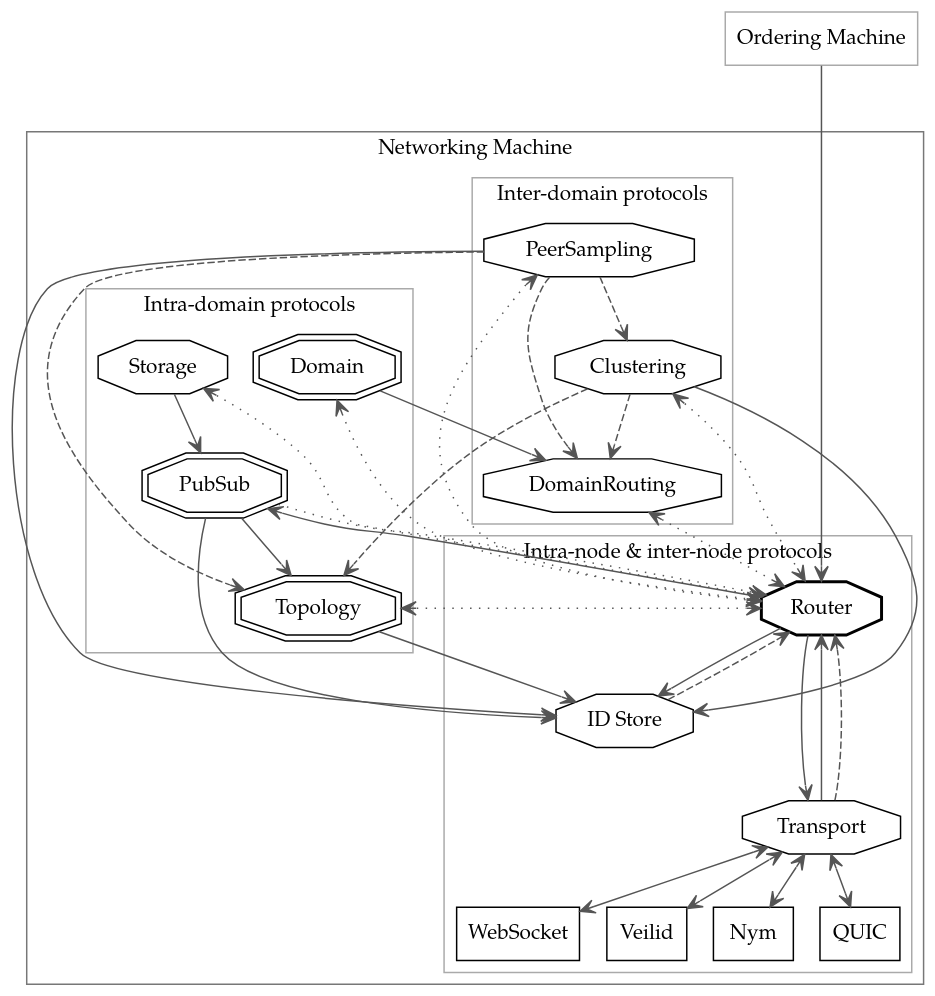
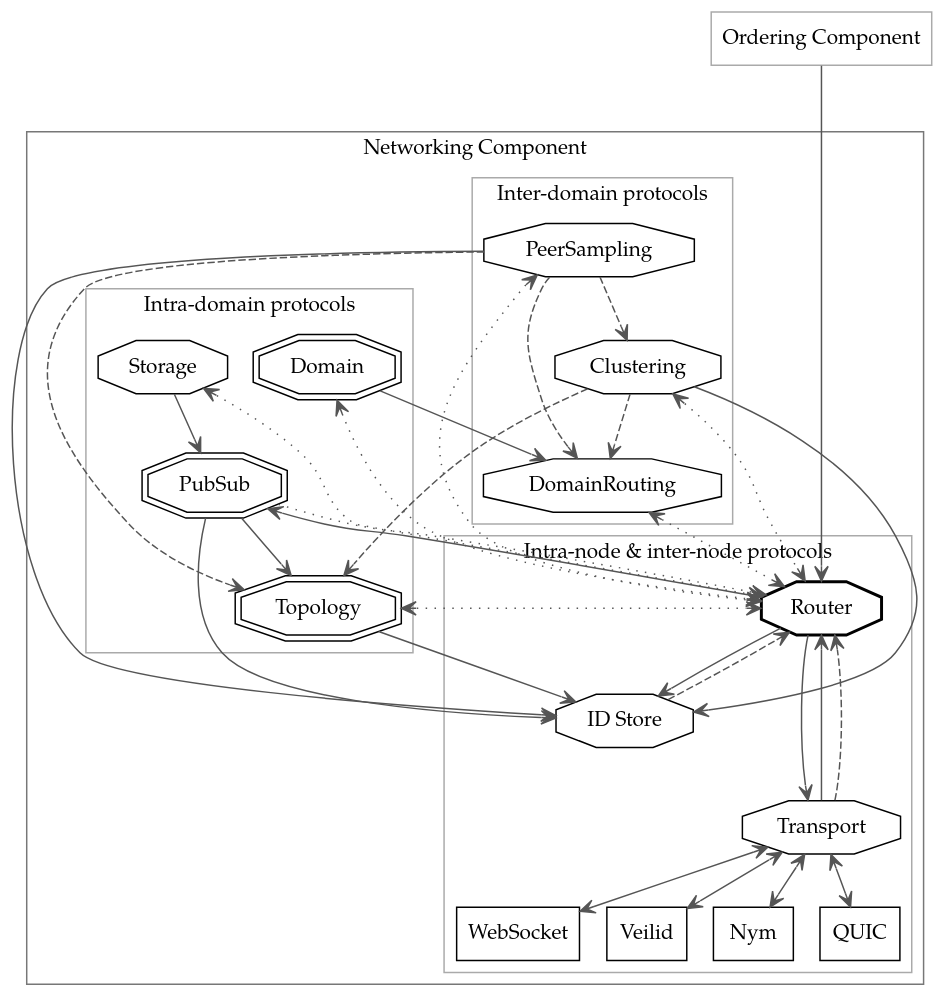
Before and after one commit to anoma/nspec: the diagram in docs/images/engines.dot, drawn with Graphviz. The commit also changed 3 other files, not shown here.

```diff
--- a/docs/images/engines.dot
+++ b/docs/images/engines.dot
@@ -1,131 +1,131 @@
 digraph {
     layout = dot
     rankdir = TB
     mclimit = 1.0
 
     fontname = "TeX Gyre Pagella"
     node [fontname="TeX Gyre Pagella"; shape=octagon]
 
     # cluster border
     pencolor = "#777777"
     edge [color="#555555"; arrowhead=vee; arrowtail=vee]
     # dark theme
     bgcolor = transparent
     # fontcolor = white
     # node [color=white; fontcolor=white]
     # edge [color="#999999"
     Router [penwidth=2]
 
-    Ordering [label="Ordering Machine"; shape=rect; color="#aaaaaa"]
+    Ordering [label="Ordering Component"; shape=rect; color="#aaaaaa"]
     /*
     subgraph cluster_ordering {
-        label = "Ordering Machine"
+        label = "Ordering Component"
         node [shape=doubleoctagon]
 
         Consensus
         Mempool
         Execution
     }
     */
 
     subgraph cluster_networking {
-        label = "Networking Machine"
+        label = "Networking Component"
 
         # inter-domain protocols
         subgraph cluster_inter_domain {
             label = "Inter-domain protocols"
             pencolor = "#aaaaaa"
 
             DomainRouting
             Clustering
             PeerSampling
         }
 
         # intra-domain protocols
         subgraph cluster_intra_domain {
             label = "Intra-domain protocols"
             pencolor = "#aaaaaa"
             # rank = same
             Domain [shape=doubleoctagon]
             Topology [shape=doubleoctagon]
             PubSub [shape=doubleoctagon]
             Storage
             # Compute
         }
 
         subgraph cluster_node {
             label = "Intra-node & inter-node protocols"
             pencolor = "#aaaaaa"
 
             Router
             Transport
             NIDS [label="ID Store"]
 
             node [shape=rect]
             WebSocket
             Veilid
             Nym
             QUIC
         }
     }
 
     /*
     subgraph cluster_hwabs {
         label = "HW Abstraction"
 
         KVStore
         TSStore
         Logging
         WallClock
         Randomness
         Compute
     }
 
     subgraph cluster_control {
         label = "Control"
 
         UserPrefs
         StaticConfig
         DynamicConfig
         Measurement
         Decision
         ControlAgent
     }
     */
 
     # Other components
     #{Consensus Execution Mempool} -> Router [minlen=5; weight=200]
     Ordering -> Router [minlen=5; weight=200]
 
     # Networking
     #
     # Inter-domain
     PeerSampling -> Clustering [style=dashed]
     {PeerSampling Clustering} -> {DomainRouting Topology} [style=dashed]
     {PeerSampling Clustering DomainRouting} -> Router [dir=both; style=dotted]
 
     # Intra-domain
     Domain -> DomainRouting
     PubSub -> Topology
     PubSub -> Router [weight=10; style=dotted]
     Storage -> PubSub
     {Domain Topology Storage} -> Router [dir=both; style=dotted]
 
     # Router
     Router -> Transport [minlen=2; weight=10]
     Router -> PubSub
 
     # NIDS
     {PeerSampling Clustering Topology PubSub Router} -> NIDS
     NIDS -> Router [style=dashed]
 
     # Transport
     Transport -> {QUIC WebSocket Veilid Nym} [dir=both]
     Transport -> Router
     Transport -> Router [style=dashed]
 
      # Example
     edge [color="#ff7777"; style=dotted; constraint=false]
     # Send message to an external identity / pubsub topic
     # Mempool -> Router -> PubSub -> Router -> Transport -> QUIC
 }
```
